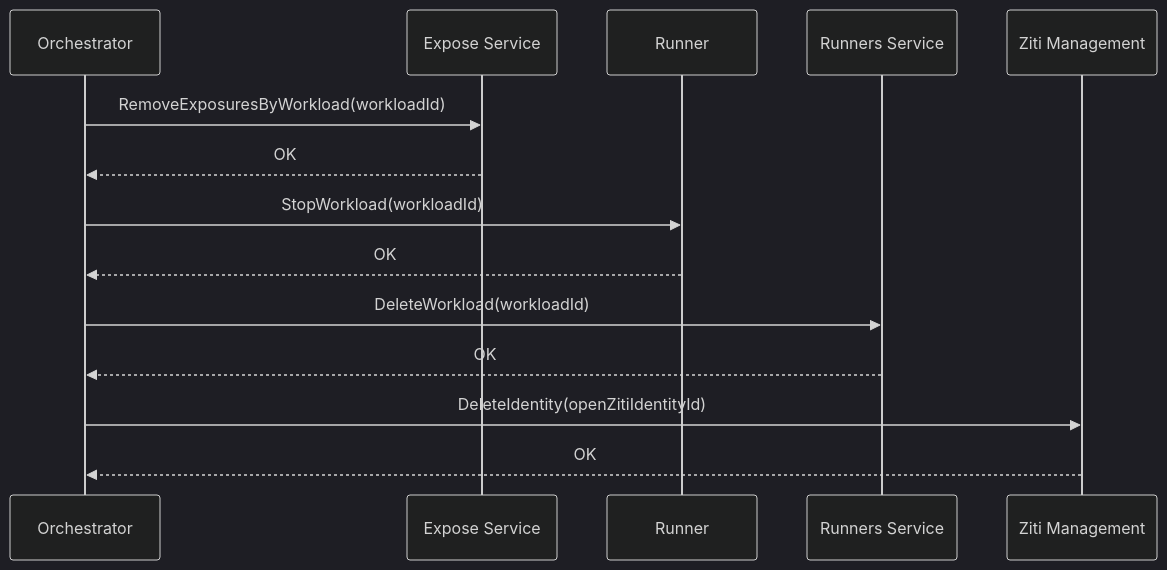
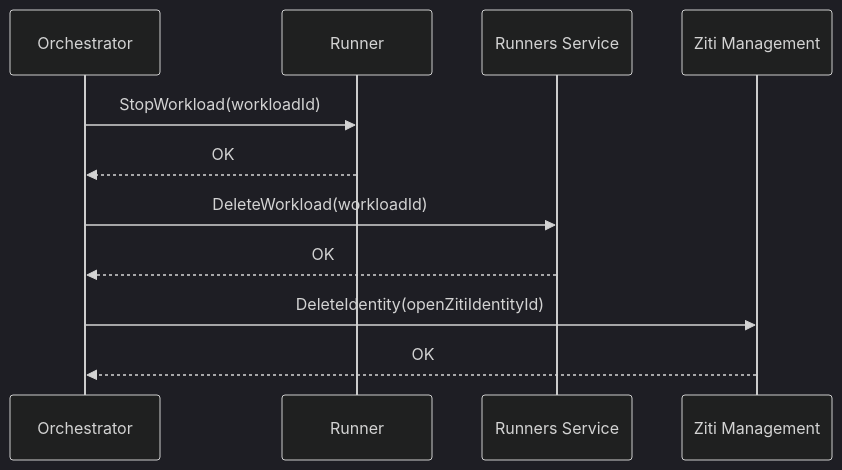
Before and after one commit to agynio/architecture: the fourth of 4 diagrams in architecture/agents-orchestrator.md, drawn with Mermaid (dark theme). The commit also changed other lines of this file and 8 other files, not shown here.

````diff
--- a/architecture/agents-orchestrator.md
+++ b/architecture/agents-orchestrator.md
@@ -164,17 +162,14 @@
 ```mermaid
 sequenceDiagram
     participant O as Orchestrator
-    participant ES as Expose Service
     participant R as Runner
     participant RS as Runners Service
     participant ZM as Ziti Management
 
-    O->>ES: RemoveExposuresByWorkload(workloadId)
-    ES-->>O: OK
     O->>R: StopWorkload(workloadId)
     R-->>O: OK
     O->>RS: DeleteWorkload(workloadId)
     RS-->>O: OK
     O->>ZM: DeleteIdentity(openZitiIdentityId)
     ZM-->>O: OK
 ```
````
